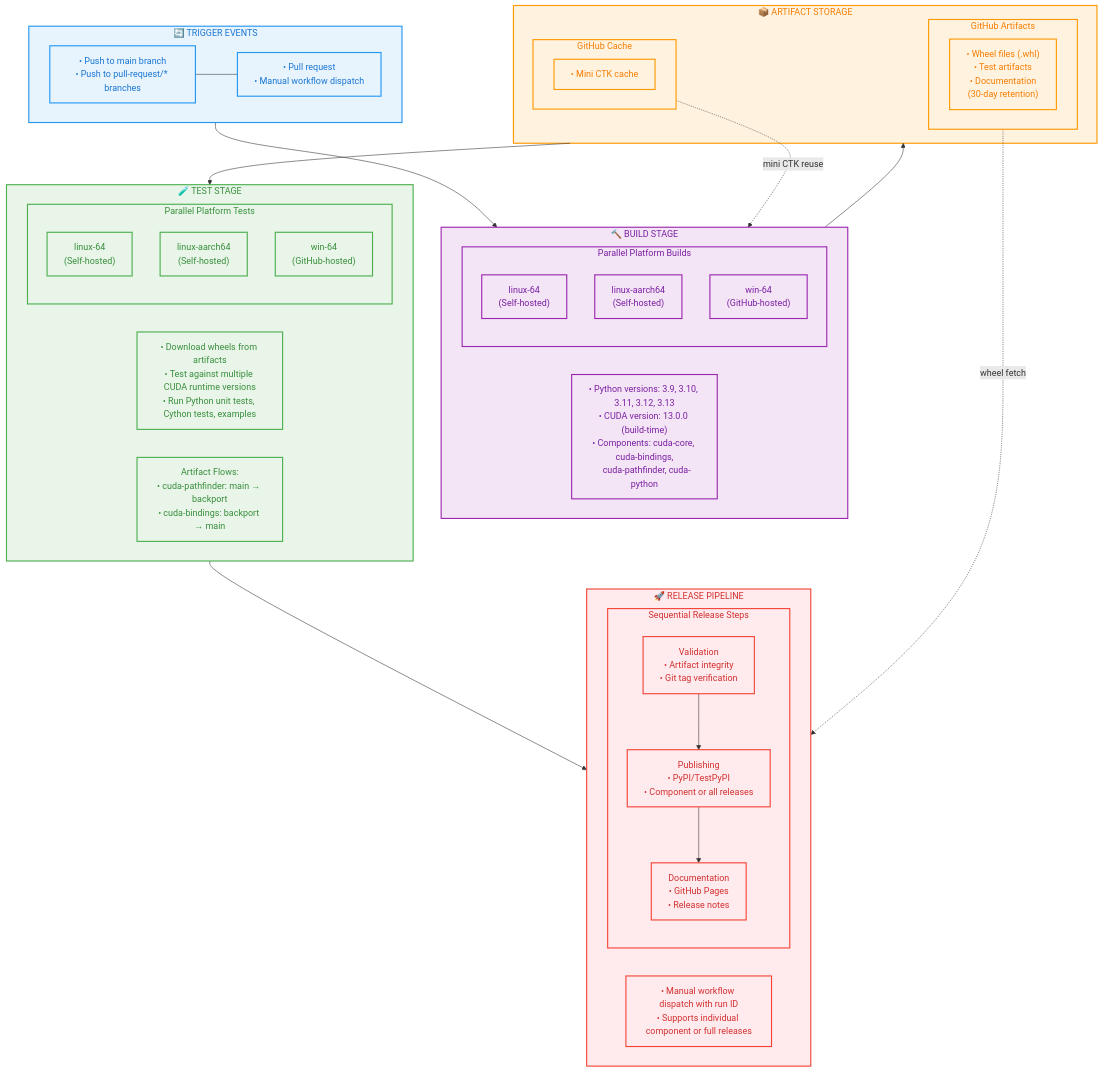
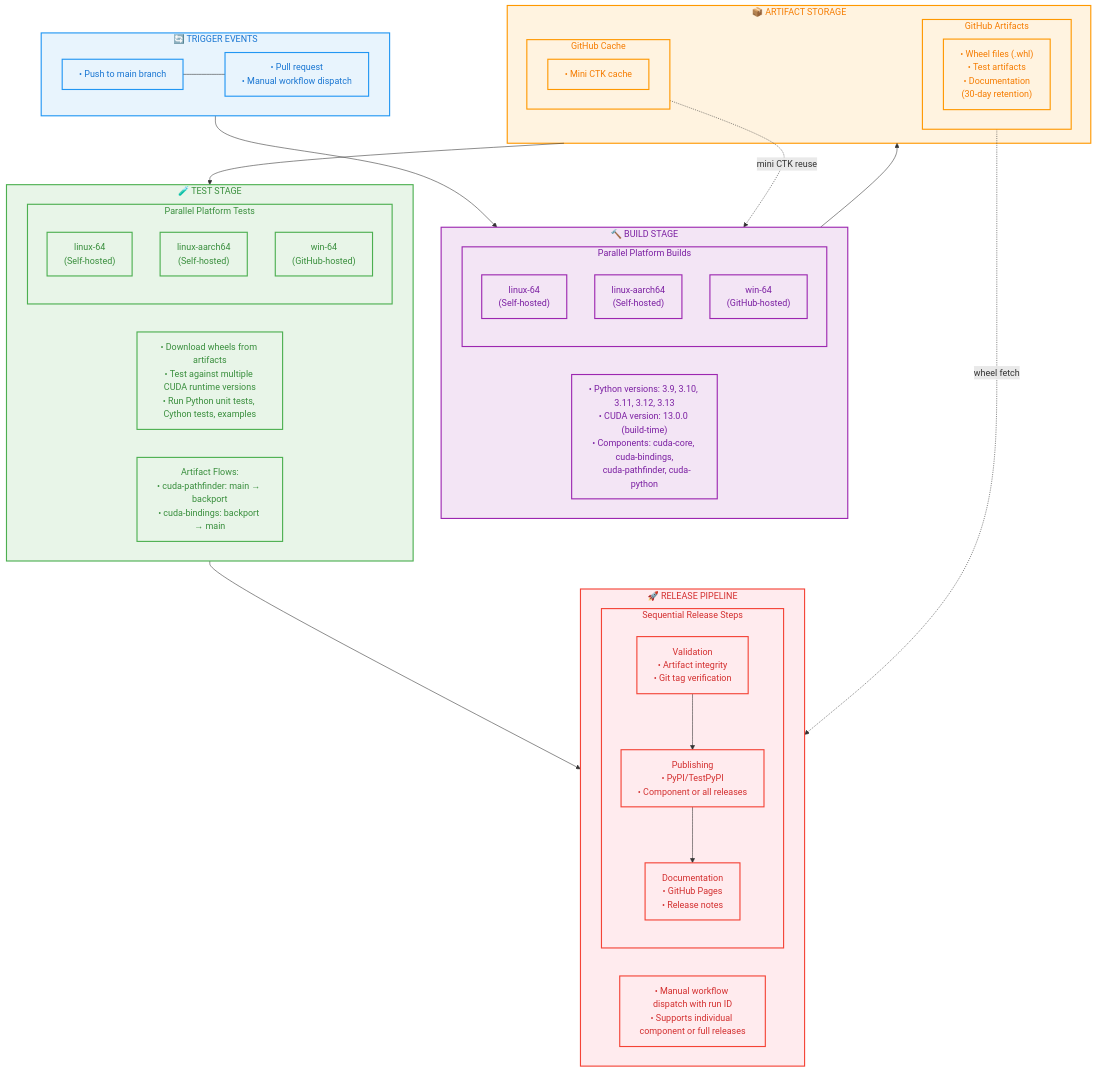
One commit to NVIDIA/cuda-python changed the diagram in CONTRIBUTING.md. Above: the diagram before and after it, drawn with Mermaid. The commit also changed 2 other files, not shown here.

Commit message:
Remove pull-request/* branches trigger event references from CI documentation

````diff
--- a/CONTRIBUTING.md
+++ b/CONTRIBUTING.md
@@ -100,76 +100,76 @@
 ```mermaid
 flowchart TD
     %% Trigger Events
     subgraph TRIGGER["🔄 TRIGGER EVENTS"]
-        T1["• Push to main branch<br/>• Push to pull-request/* branches"]
+        T1["• Push to main branch"]
         T2["• Pull request<br/>• Manual workflow dispatch"]
         T1 --- T2
     end
 
     %% Build Stage
     subgraph BUILD["🔨 BUILD STAGE"]
         subgraph BUILD_PLATFORMS["Parallel Platform Builds"]
             B1["linux-64<br/>(Self-hosted)"]
             B2["linux-aarch64<br/>(Self-hosted)"]
             B3["win-64<br/>(GitHub-hosted)"]
         end
         BUILD_DETAILS["• Python versions: 3.9, 3.10, 3.11, 3.12, 3.13<br/>• CUDA version: 13.0.0 (build-time)<br/>• Components: cuda-core, cuda-bindings,<br/>  cuda-pathfinder, cuda-python"]
     end
 
     %% Artifact Storage
     subgraph ARTIFACTS["📦 ARTIFACT STORAGE"]
         subgraph GITHUB_ARTIFACTS["GitHub Artifacts"]
             GA1["• Wheel files (.whl)<br/>• Test artifacts<br/>• Documentation<br/>(30-day retention)"]
         end
         subgraph GITHUB_CACHE["GitHub Cache"]
             GC1["• Mini CTK cache"]
         end
     end
 
     %% Test Stage
     subgraph TEST["🧪 TEST STAGE"]
         subgraph TEST_PLATFORMS["Parallel Platform Tests"]
             TS1["linux-64<br/>(Self-hosted)"]
             TS2["linux-aarch64<br/>(Self-hosted)"]
             TS3["win-64<br/>(GitHub-hosted)"]
         end
         TEST_DETAILS["• Download wheels from artifacts<br/>• Test against multiple CUDA runtime versions<br/>• Run Python unit tests, Cython tests, examples"]
         ARTIFACT_FLOWS["Artifact Flows:<br/>• cuda-pathfinder: main → backport<br/>• cuda-bindings: backport → main"]
     end
 
     %% Release Pipeline
     subgraph RELEASE["🚀 RELEASE PIPELINE"]
         subgraph RELEASE_STAGES["Sequential Release Steps"]
             R1["Validation<br/>• Artifact integrity<br/>• Git tag verification"]
             R2["Publishing<br/>• PyPI/TestPyPI<br/>• Component or all releases"]
             R3["Documentation<br/>• GitHub Pages<br/>• Release notes"]
             R1 --> R2 --> R3
         end
         RELEASE_DETAILS["• Manual workflow dispatch with run ID<br/>• Supports individual component or full releases"]
     end
 
     %% Main Flow
     TRIGGER --> BUILD
     BUILD --> ARTIFACTS
     ARTIFACTS --> TEST
     TEST --> RELEASE
 
     %% Artifact Flow Arrows (Cache Reuse)
     GITHUB_CACHE -.->|"mini CTK reuse"| BUILD
 
     %% Artifact Flow Arrows (Wheel Fetch)
     GITHUB_ARTIFACTS -.->|"wheel fetch"| RELEASE
 
     %% Styling
     classDef triggerStyle fill:#e8f4fd,stroke:#2196F3,stroke-width:2px,color:#1976D2
     classDef buildStyle fill:#f3e5f5,stroke:#9C27B0,stroke-width:2px,color:#7B1FA2
     classDef artifactStyle fill:#fff3e0,stroke:#FF9800,stroke-width:2px,color:#F57C00
     classDef testStyle fill:#e8f5e8,stroke:#4CAF50,stroke-width:2px,color:#388E3C
     classDef releaseStyle fill:#ffebee,stroke:#f44336,stroke-width:2px,color:#D32F2F
 
     class TRIGGER,T1,T2 triggerStyle
     class BUILD,BUILD_PLATFORMS,B1,B2,B3,BUILD_DETAILS buildStyle
     class ARTIFACTS,GITHUB_ARTIFACTS,GITHUB_CACHE,GA1,GC1 artifactStyle
     class TEST,TEST_PLATFORMS,TS1,TS2,TS3,TEST_DETAILS,ARTIFACT_FLOWS testStyle
     class RELEASE,RELEASE_STAGES,R1,R2,R3,RELEASE_DETAILS releaseStyle
 ```
````
